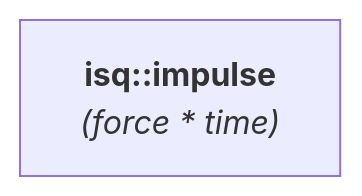
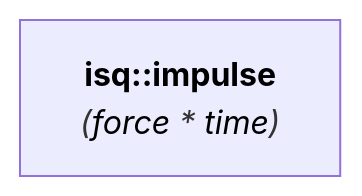
Before and after one commit to mpusz/mp-units: the diagram in docs/reference/systems_reference/hierarchies/impulse.md, drawn with Mermaid. The commit also changed 166 other files, not shown here.

````diff
--- a/docs/reference/systems_reference/hierarchies/impulse.md
+++ b/docs/reference/systems_reference/hierarchies/impulse.md
@@ -8,4 +8,4 @@
 ```mermaid
 flowchart LR
-    isq_impulse["<b>isq::impulse</b><br><i>(force * time)</i>"]
+    isq_impulse["<b><a href="../../systems/isq/#impulse" style="color: black; text-decoration: none;">isq::impulse</a></b><br><i>(<a href="../../systems/isq/#force" style="color: black; text-decoration: none;">force</a> * <a href="../../systems/isq/#time" style="color: black; text-decoration: none;">time</a>)</i>"]
 ```
````
